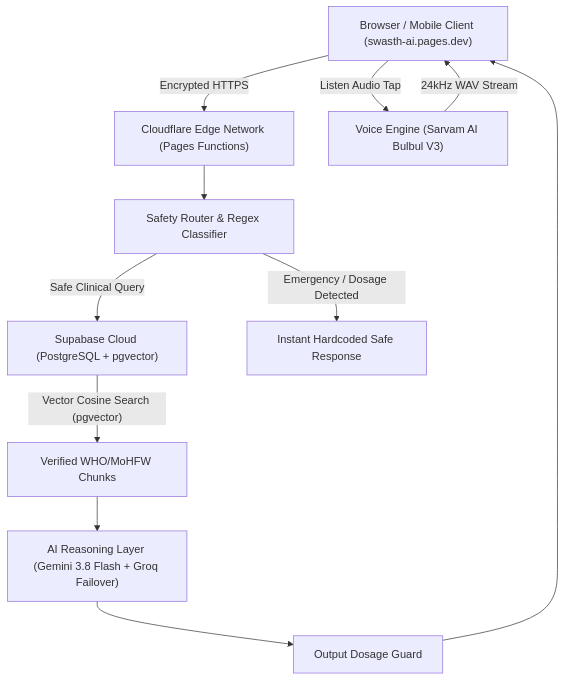
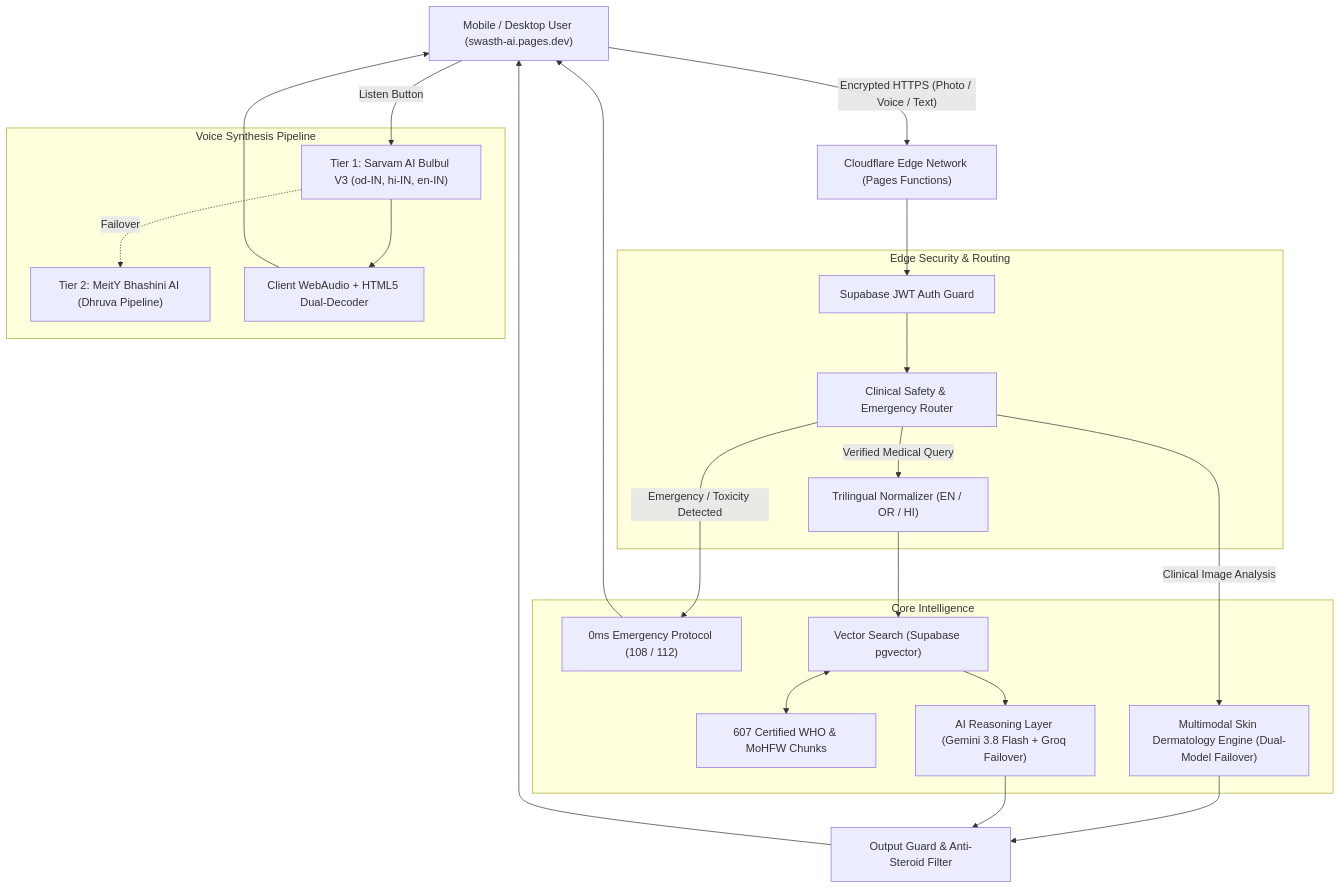
Before and after one commit to AsutoshMishra-Engineer/SWASTH-AI-: the diagram in README.md, drawn with Mermaid. The commit also changed other lines of this file and 1 other file, not shown here.

Commit message:
docs: add comprehensive multimodal documentation and proprietary source-available license

````diff
--- a/README.md
+++ b/README.md
@@ -44,20 +65,47 @@
 ```mermaid
 graph TD
-    Client["Browser / Mobile Client (swasth-ai.pages.dev)"]
-    CF["Cloudflare Edge Network (Pages Functions)"]
-    Safety["Safety Router & Regex Classifier"]
-    Supabase["Supabase Cloud (PostgreSQL + pgvector)"]
-    AI["AI Reasoning Layer (Gemini 3.8 Flash + Groq Failover)"]
-    Voice["Voice Engine (Sarvam AI Bulbul V3)"]
+    User["Mobile / Desktop User (swasth-ai.pages.dev)"]
+    Edge["Cloudflare Edge Network (Pages Functions)"]
+    
+    subgraph "Edge Security & Routing"
+        Auth["Supabase JWT Auth Guard"]
+        Safety["Clinical Safety & Emergency Router"]
+        Lang["Trilingual Normalizer (EN / OR / HI)"]
+    end
+    
+    subgraph "Core Intelligence"
+        Emergency["0ms Emergency Protocol (108 / 112)"]
+        RAG["Vector Search (Supabase pgvector)"]
+        Knowledge["607 Certified WHO & MoHFW Chunks"]
+        Reasoning["AI Reasoning Layer (Gemini 3.8 Flash + Groq Failover)"]
+        Vision["Multimodal Skin Dermatology Engine (Dual-Model Failover)"]
+    end
+    
+    subgraph "Voice Synthesis Pipeline"
+        Sarvam["Tier 1: Sarvam AI Bulbul V3 (od-IN, hi-IN, en-IN)"]
+        Bhashini["Tier 2: MeitY Bhashini AI (Dhruva Pipeline)"]
+        WebAudio["Client WebAudio + HTML5 Dual-Decoder"]
+    end
 
-    Client -->|"Encrypted HTTPS"| CF
-    CF --> Safety
-    Safety -- "Emergency / Dosage Detected" --> Fixed["Instant Hardcoded Safe Response"]
-    Safety -- "Safe Clinical Query" --> Supabase
-    Supabase -->|"Vector Cosine Search (pgvector)"| MatchedDocs["Verified WHO/MoHFW Chunks"]
-    MatchedDocs --> AI
-    AI --> OutputGuard["Output Dosage Guard"]
-    OutputGuard --> Client
-    Client -->|"Listen Audio Tap"| Voice
-    Voice -->|"24kHz WAV Stream"| Client
+    User -->|"Encrypted HTTPS (Photo / Voice / Text)"| Edge
+    Edge --> Auth
+    Auth --> Safety
+    
+    Safety -- "Emergency / Toxicity Detected" --> Emergency
+    Emergency --> User
+    
+    Safety -- "Clinical Image Analysis" --> Vision
+    Vision --> OutputGuard["Output Guard & Anti-Steroid Filter"]
+    
+    Safety -- "Verified Medical Query" --> Lang
+    Lang --> RAG
+    RAG <--> Knowledge
+    RAG --> Reasoning
+    Reasoning --> OutputGuard
+    
+    OutputGuard --> User
+    User -->|"Listen Button"| Sarvam
+    Sarvam -.->|"Failover"| Bhashini
+    Sarvam --> WebAudio
+    WebAudio --> User
 ```
````
